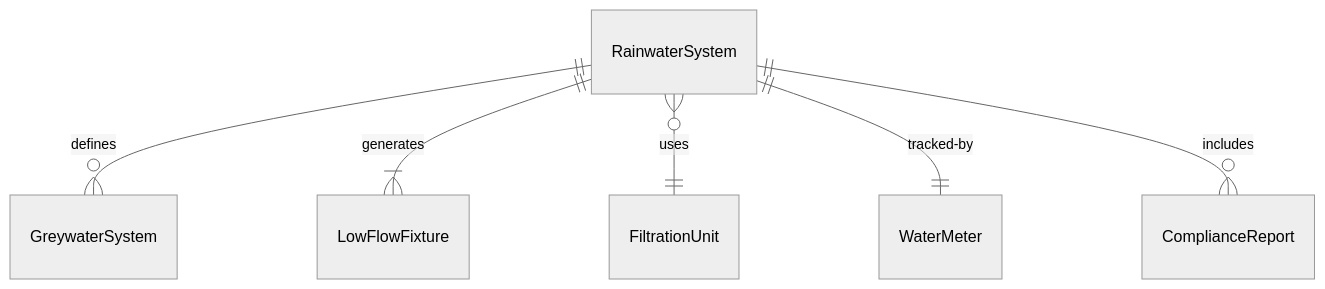
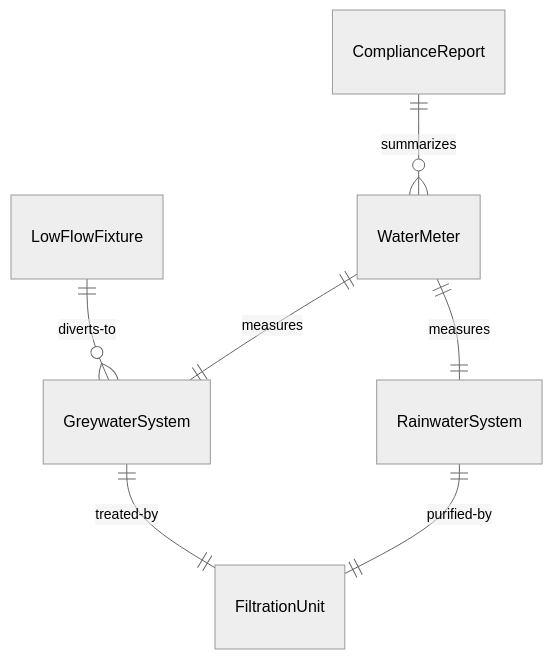
One commit to dot-org-ai/tasks.org.ai changed the first of 4 diagrams in HandlingAndMovingObjects/InstallPlumbingOrPipingEquipmentOrSystems/InstallGreenPlumbingWaterHandling.mdx. Above: the diagram before and after it, drawn with Mermaid (neutral theme). The commit also changed other lines of this file and 515 other files, not shown here.

````diff
--- a/HandlingAndMovingObjects/InstallPlumbingOrPipingEquipmentOrSystems/InstallGreenPlumbingWaterHandling.mdx
+++ b/HandlingAndMovingObjects/InstallPlumbingOrPipingEquipmentOrSystems/InstallGreenPlumbingWaterHandling.mdx
@@ -87,8 +87,9 @@
 ```mermaid
 erDiagram
-    RainwaterSystem ||--o{ GreywaterSystem : "defines"
-    RainwaterSystem ||--|{ LowFlowFixture : "generates"
-    RainwaterSystem }o--|| FiltrationUnit : "uses"
-    RainwaterSystem ||--|| WaterMeter : "tracked-by"
-    RainwaterSystem ||--o{ ComplianceReport : "includes"
+    RainwaterSystem ||--|| FiltrationUnit : "purified-by"
+    GreywaterSystem ||--|| FiltrationUnit : "treated-by"
+    LowFlowFixture ||--o{ GreywaterSystem : "diverts-to"
+    WaterMeter ||--|| RainwaterSystem : "measures"
+    WaterMeter ||--|| GreywaterSystem : "measures"
+    ComplianceReport ||--o{ WaterMeter : "summarizes"
 ```
````
